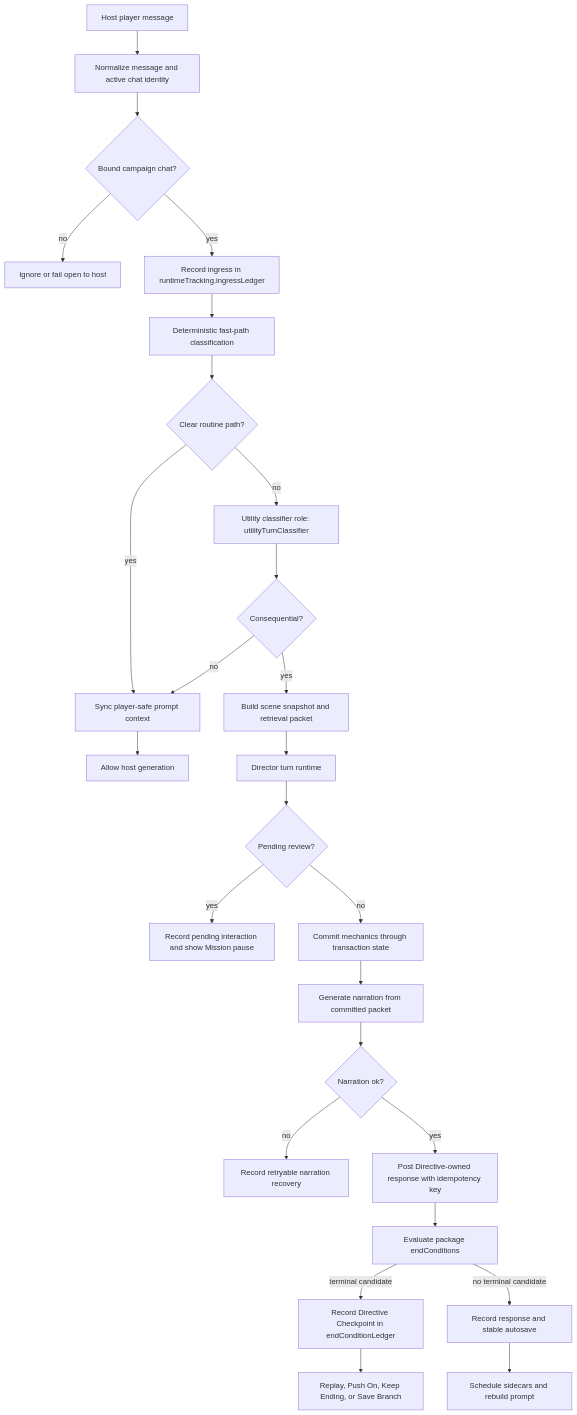
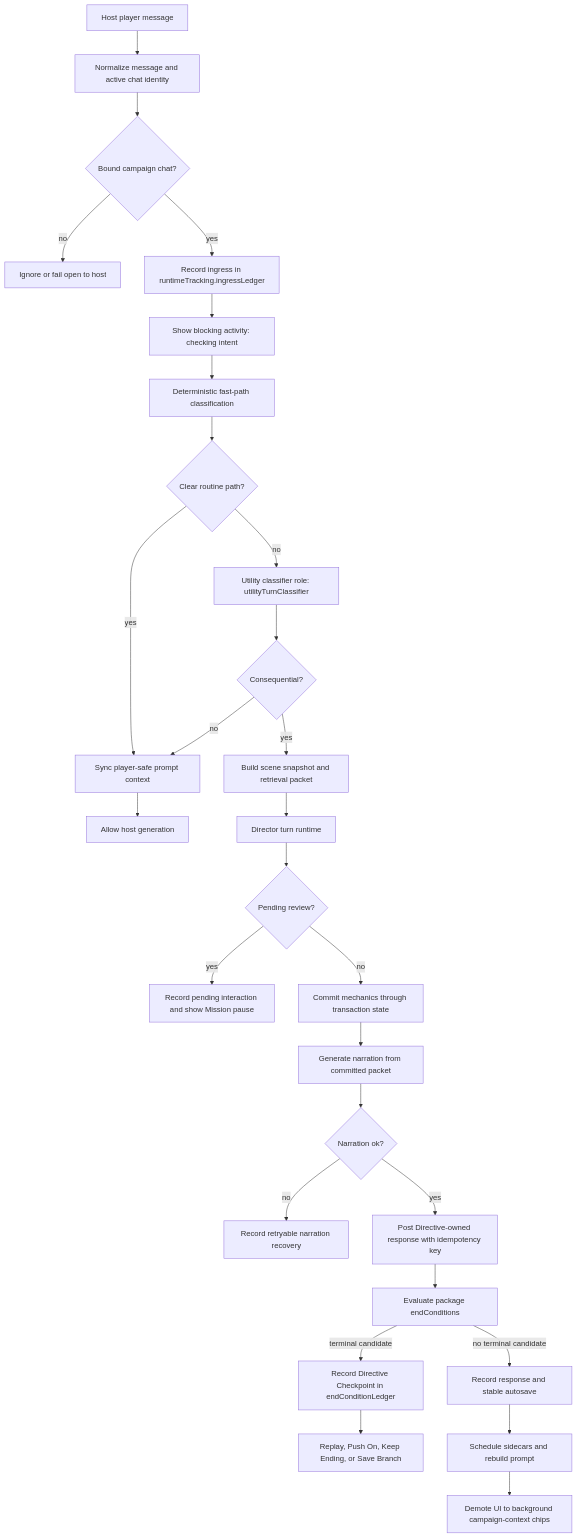
The diagram in docs/technical/PLAYER_TURN_SEQUENCE.md (MentallyQuill/Directive), drawn with Mermaid before and after one commit. The commit also changed other lines of this file and 53 other files, not shown here.

````diff
--- a/docs/technical/PLAYER_TURN_SEQUENCE.md
+++ b/docs/technical/PLAYER_TURN_SEQUENCE.md
@@ -20,28 +23,30 @@
 ```mermaid
 flowchart TD
   A["Host player message"] --> B["Normalize message and active chat identity"]
   B --> C{"Bound campaign chat?"}
   C -->|no| D["Ignore or fail open to host"]
   C -->|yes| E["Record ingress in runtimeTracking.ingressLedger"]
-  E --> F["Deterministic fast-path classification"]
-  F --> G{"Clear routine path?"}
+  E --> F["Show blocking activity: checking intent"]
+  F --> F2["Deterministic fast-path classification"]
+  F2 --> G{"Clear routine path?"}
   G -->|yes| H["Sync player-safe prompt context"]
   H --> I["Allow host generation"]
   G -->|no| J["Utility classifier role: utilityTurnClassifier"]
   J --> K{"Consequential?"}
   K -->|no| H
   K -->|yes| L["Build scene snapshot and retrieval packet"]
   L --> M["Director turn runtime"]
   M --> N{"Pending review?"}
   N -->|yes| O["Record pending interaction and show Mission pause"]
   N -->|no| P["Commit mechanics through transaction state"]
   P --> Q["Generate narration from committed packet"]
   Q --> R{"Narration ok?"}
   R -->|no| S["Record retryable narration recovery"]
   R -->|yes| T["Post Directive-owned response with idempotency key"]
   T --> U["Evaluate package endConditions"]
   U -->|terminal candidate| V["Record Directive Checkpoint in endConditionLedger"]
   U -->|no terminal candidate| W["Record response and stable autosave"]
   V --> X["Replay, Push On, Keep Ending, or Save Branch"]
   W --> Y["Schedule sidecars and rebuild prompt"]
+  Y --> Z["Demote UI to background campaign-context chips"]
 ```
````
